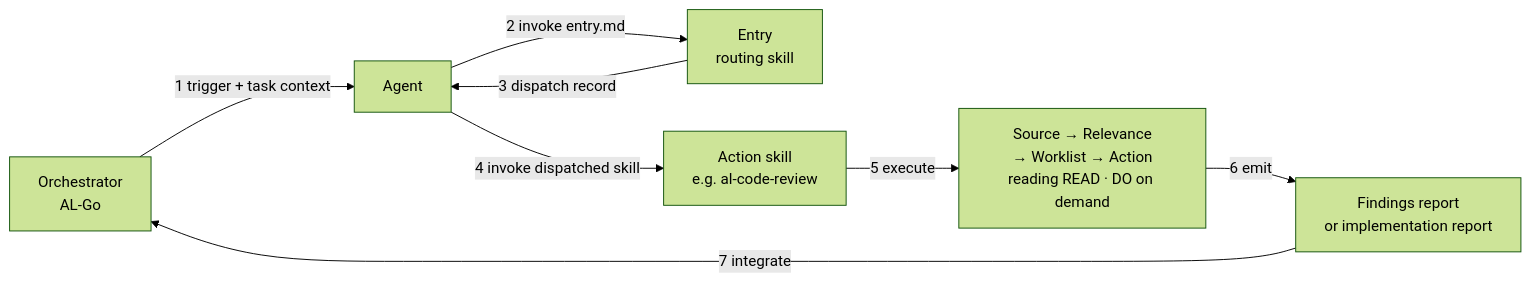
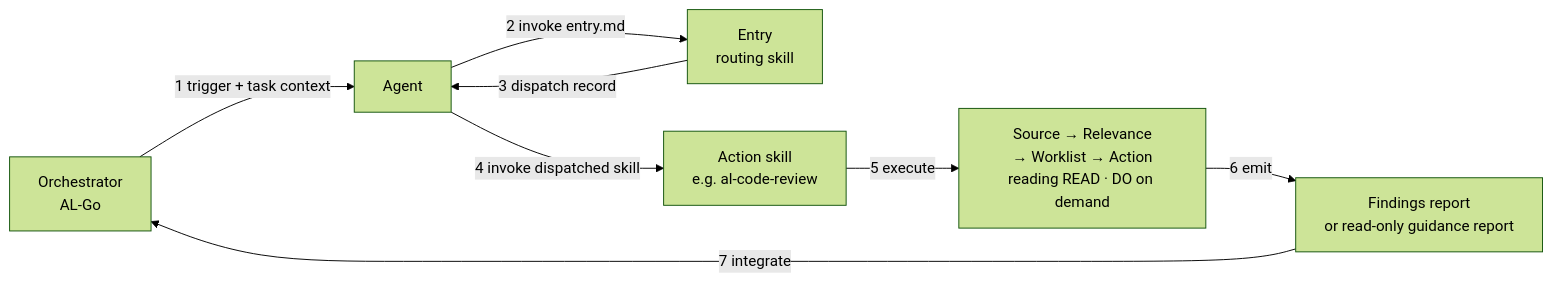
One commit to microsoft/BCQuality changed the diagram in agent-consumption.md. Above: the diagram before and after it, drawn with Mermaid (forest theme). The commit also changed other lines of this file and 25 other files, not shown here.

First line of the commit message:
Narrow AL development to read-only plan guidance

````diff
--- a/agent-consumption.md
+++ b/agent-consumption.md
@@ -23,10 +23,10 @@
 ```mermaid
 flowchart LR
     O[Orchestrator<br/>AL-Go] -->|1 trigger + task context| A[Agent]
     A -->|2 invoke entry.md| E[Entry<br/>routing skill]
     E -->|3 dispatch record| A
     A -->|4 invoke dispatched skill| S[Action skill<br/>e.g. al-code-review]
     S -->|5 execute| P[Source → Relevance<br/>→ Worklist → Action<br/>reading READ · DO on demand]
-    P -->|6 emit| R[Findings report<br/>or implementation report]
+    P -->|6 emit| R[Findings report<br/>or read-only guidance report]
     R -->|7 integrate| O
 ```
````
